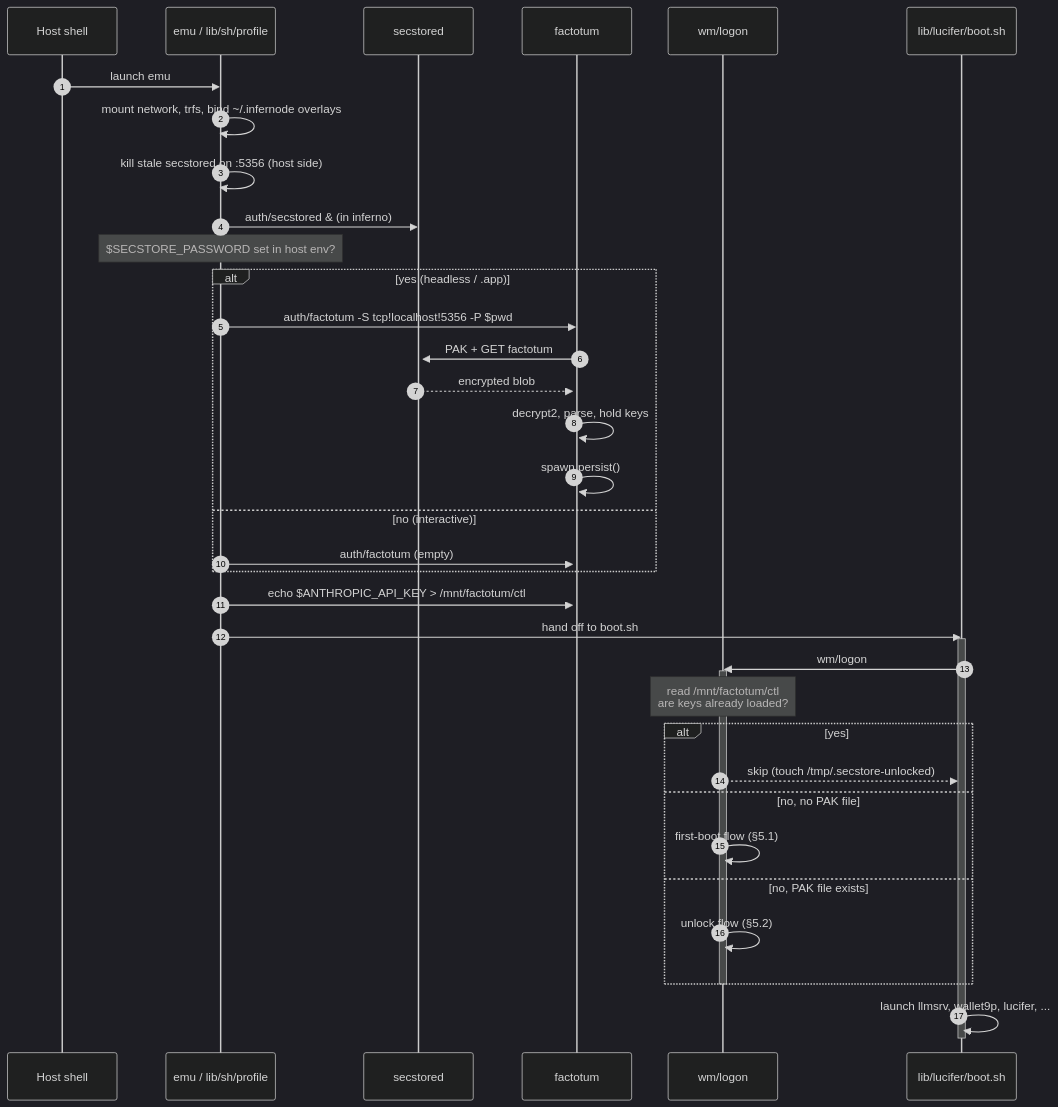
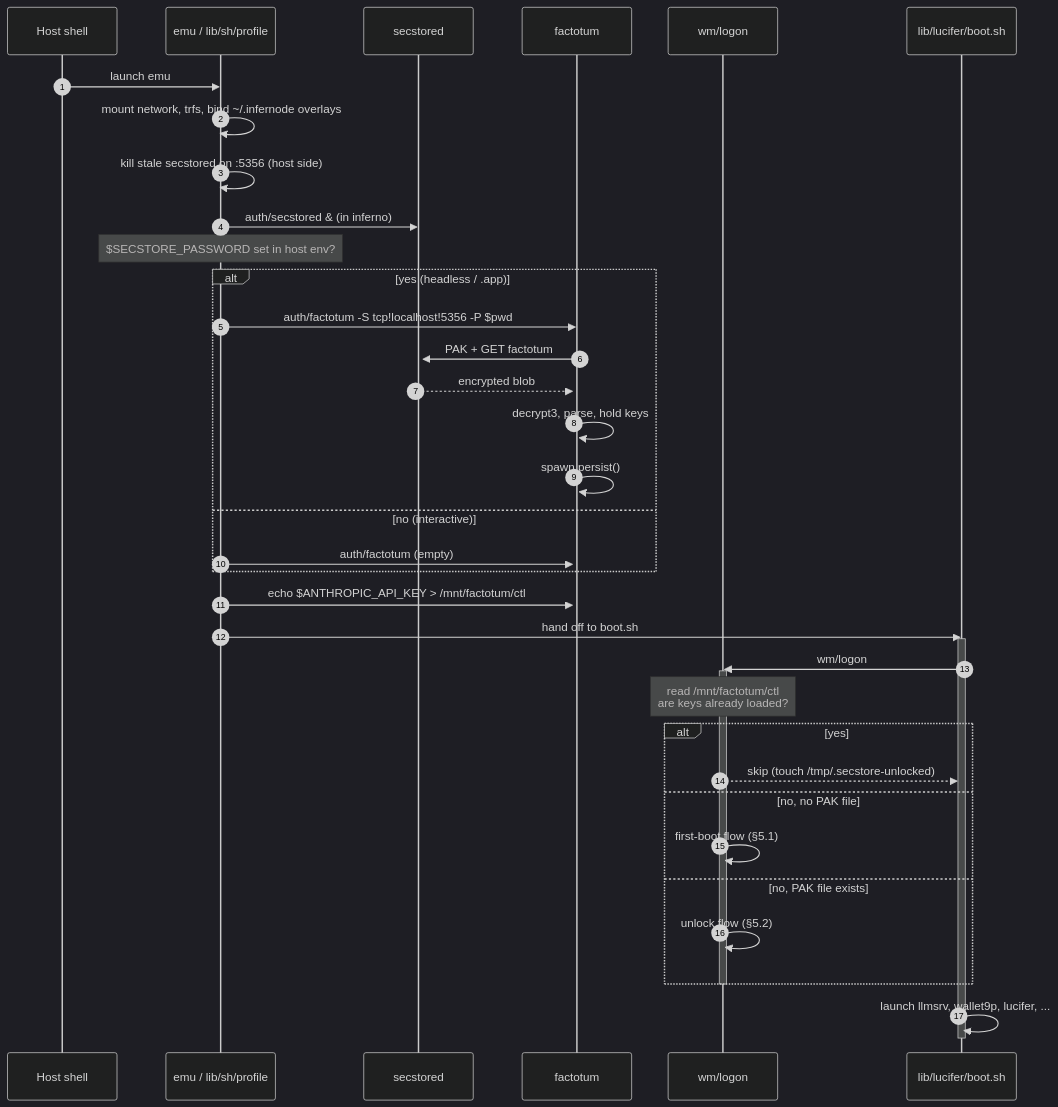
The seventh of 12 diagrams in docs/AUTHENTICATION.md (infernode-os/infernode), drawn with Mermaid (dark theme) before and after one commit. The commit also changed other lines of this file and 13 other files, not shown here.

````diff
--- a/docs/AUTHENTICATION.md
+++ b/docs/AUTHENTICATION.md
@@ -298,44 +305,44 @@
 ```mermaid
 sequenceDiagram
     autonumber
     participant H as Host shell
     participant E as emu / lib/sh/profile
     participant SS as secstored
     participant F as factotum
     participant L as wm/logon
     participant B as lib/lucifer/boot.sh
 
     H->>E: launch emu
     E->>E: mount network, trfs, bind ~/.infernode overlays
     E->>E: kill stale secstored on :5356 (host side)
     E->>SS: auth/secstored & (in inferno)
     activate SS
     Note over E: $SECSTORE_PASSWORD set in host env?
     alt yes (headless / .app)
         E->>F: auth/factotum -S tcp!localhost!5356 -P $pwd
         activate F
         F->>SS: PAK + GET factotum
         SS-->>F: encrypted blob
-        F->>F: decrypt2, parse, hold keys
+        F->>F: decrypt3, parse, hold keys
         F->>F: spawn persist()
     else no (interactive)
         E->>F: auth/factotum (empty)
         activate F
     end
     E->>F: echo $ANTHROPIC_API_KEY > /mnt/factotum/ctl
     E->>B: hand off to boot.sh
     activate B
     B->>L: wm/logon
     activate L
     Note over L: read /mnt/factotum/ctl<br/>are keys already loaded?
     alt yes
         L-->>B: skip (touch /tmp/.secstore-unlocked)
     else no, no PAK file
         L->>L: first-boot flow (§5.1)
     else no, PAK file exists
         L->>L: unlock flow (§5.2)
     end
     deactivate L
     B->>B: launch llmsrv, wallet9p, lucifer, ...
     deactivate B
 ```
````
